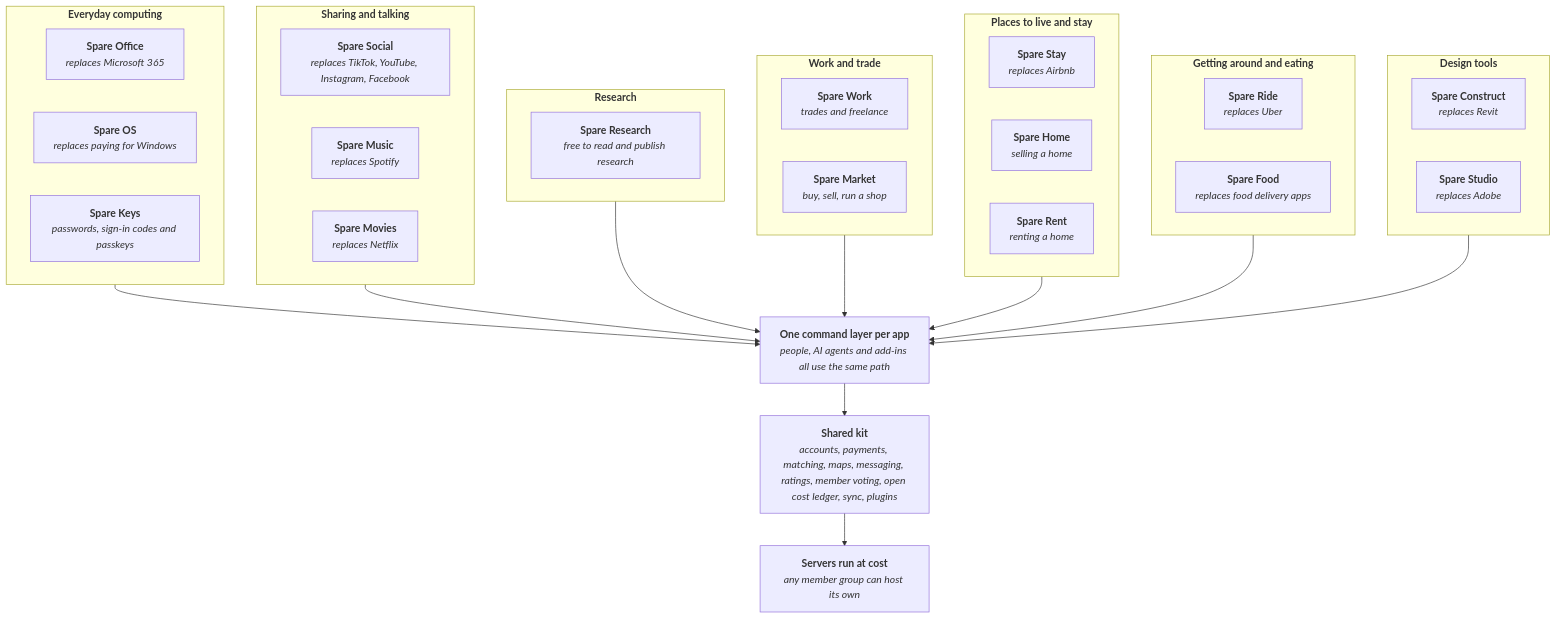
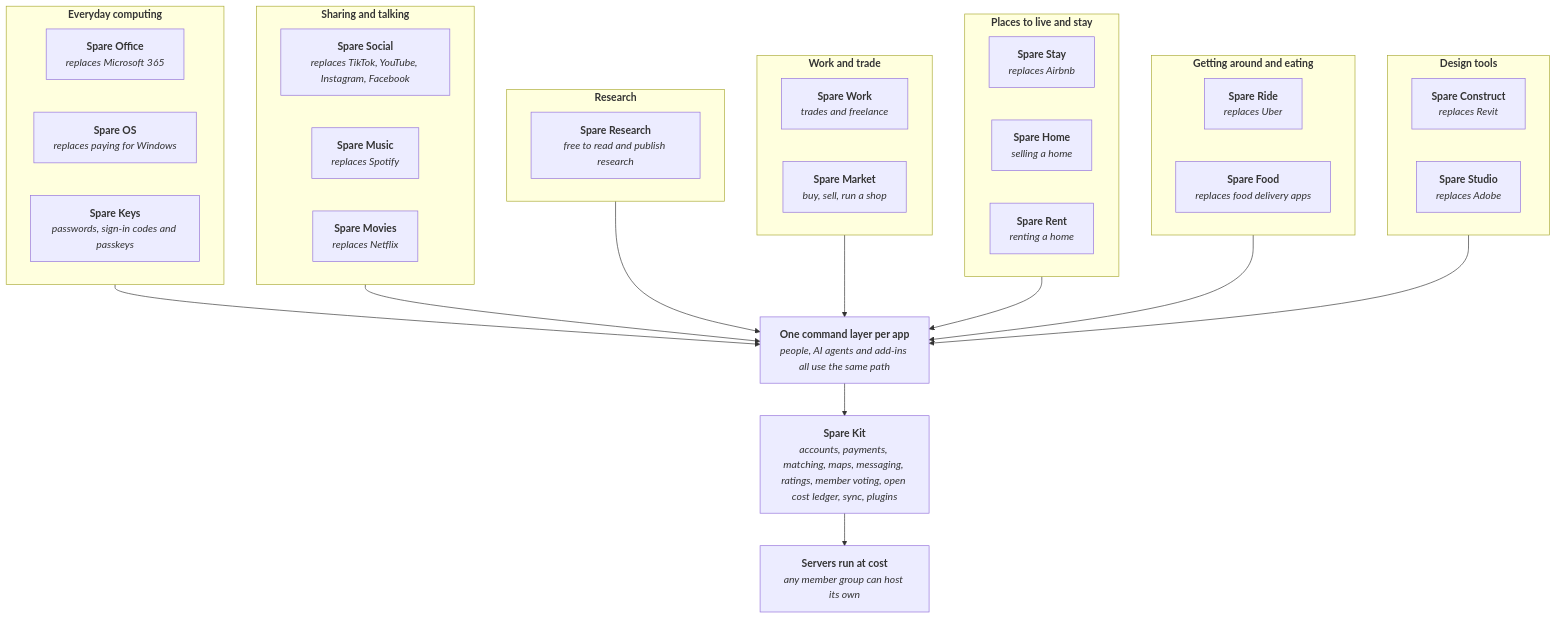
The diagram in README.md (spareware-co-op/spareware), drawn with Mermaid before and after one commit. The commit also changed other lines of this file and 76 other files, not shown here.

First line of the commit message:
G01: the shared kit is named Spare Kit

````diff
--- a/README.md
+++ b/README.md
@@ -25,70 +25,70 @@
 ```mermaid
 flowchart TB
   subgraph TRADE["`**Work and trade**`"]
     direction LR
     WORK["`**Spare Work**
 *trades and freelance*`"]
     MARKET["`**Spare Market**
 *buy, sell, run a shop*`"]
   end
   subgraph LIVE["`**Places to live and stay**`"]
     direction LR
     STAY["`**Spare Stay**
 *replaces Airbnb*`"]
     HOME["`**Spare Home**
 *selling a home*`"]
     RENT["`**Spare Rent**
 *renting a home*`"]
   end
   subgraph MOVE["`**Getting around and eating**`"]
     direction LR
     RIDE["`**Spare Ride**
 *replaces Uber*`"]
     FOOD["`**Spare Food**
 *replaces food delivery apps*`"]
   end
   subgraph DESIGN["`**Design tools**`"]
     direction LR
     CONSTRUCT["`**Spare Construct**
 *replaces Revit*`"]
     STUDIO["`**Spare Studio**
 *replaces Adobe*`"]
   end
   subgraph SHARE["`**Sharing and talking**`"]
     direction LR
     SOCIAL["`**Spare Social**
 *replaces TikTok, YouTube, Instagram, Facebook*`"]
     MUSIC["`**Spare Music**
 *replaces Spotify*`"]
     MOVIES["`**Spare Movies**
 *replaces Netflix*`"]
   end
   subgraph SCIENCE["`**Research**`"]
     direction LR
     RESEARCH["`**Spare Research**
 *free to read and publish research*`"]
   end
   subgraph COMPUTE["`**Everyday computing**`"]
     direction LR
     OFFICE["`**Spare Office**
 *replaces Microsoft 365*`"]
     OSYS["`**Spare OS**
 *replaces paying for Windows*`"]
     KEYS["`**Spare Keys**
 *passwords, sign-in codes and passkeys*`"]
   end
   CMD["`**One command layer per app**
 *people, AI agents and add-ins all use the same path*`"]
-  KIT["`**Shared kit**
+  KIT["`**Spare Kit**
 *accounts, payments, matching, maps, messaging, ratings, member voting, open cost ledger, sync, plugins*`"]
   RUN["`**Servers run at cost**
 *any member group can host its own*`"]
   COMPUTE --> CMD
   SHARE --> CMD
   SCIENCE --> CMD
   TRADE --> CMD
   LIVE --> CMD
   MOVE --> CMD
   DESIGN --> CMD
   CMD --> KIT --> RUN
 ```
````
